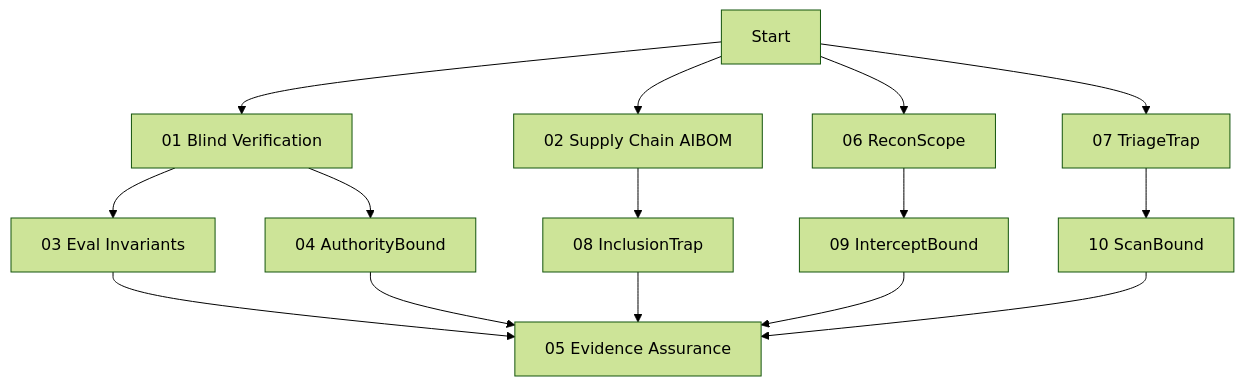
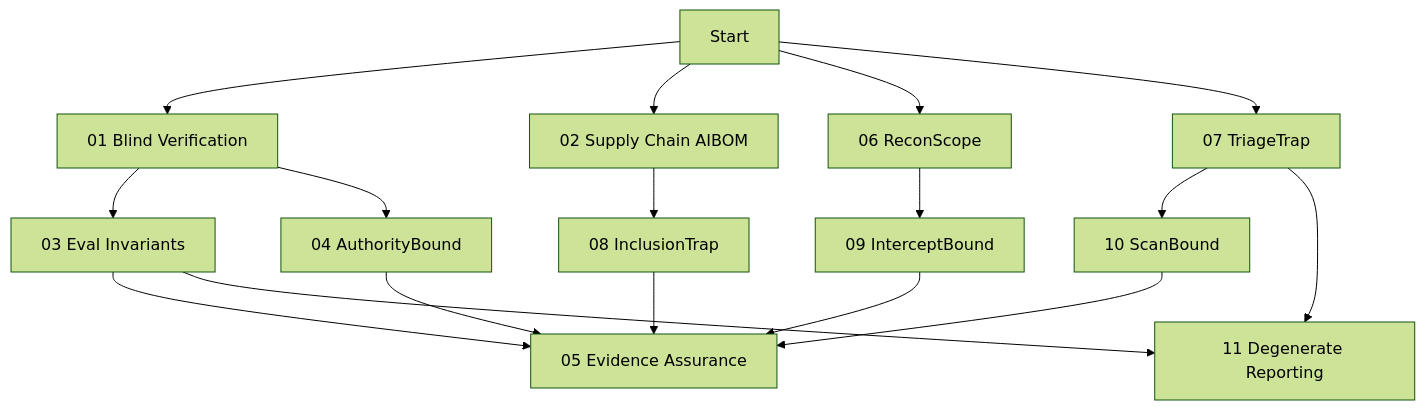
Before and after one commit to radanliev/agentic-security-demos: the diagram in docs/demos/overview.md, drawn with Mermaid (forest theme). The commit also changed other lines of this file and 15 other files, not shown here.

Commit message:
Add demo-11-degenerate-reporting: anonymised meta-science audit teaching module (RAID companion)

````diff
--- a/docs/demos/overview.md
+++ b/docs/demos/overview.md
@@ -5,17 +5,19 @@
 ```mermaid
 graph TD
     A[Start] --> B[01 Blind Verification]
     A --> C[02 Supply Chain AIBOM]
     A --> D[06 ReconScope]
     A --> E[07 TriageTrap]
     B --> F[03 Eval Invariants]
     B --> G[04 AuthorityBound]
     C --> H[08 InclusionTrap]
     D --> I[09 InterceptBound]
     E --> J[10 ScanBound]
     F --> K[05 Evidence Assurance]
     G --> K
     H --> K
     I --> K
     J --> K
+    F --> L[11 Degenerate Reporting]
+    E --> L
 ```
````
